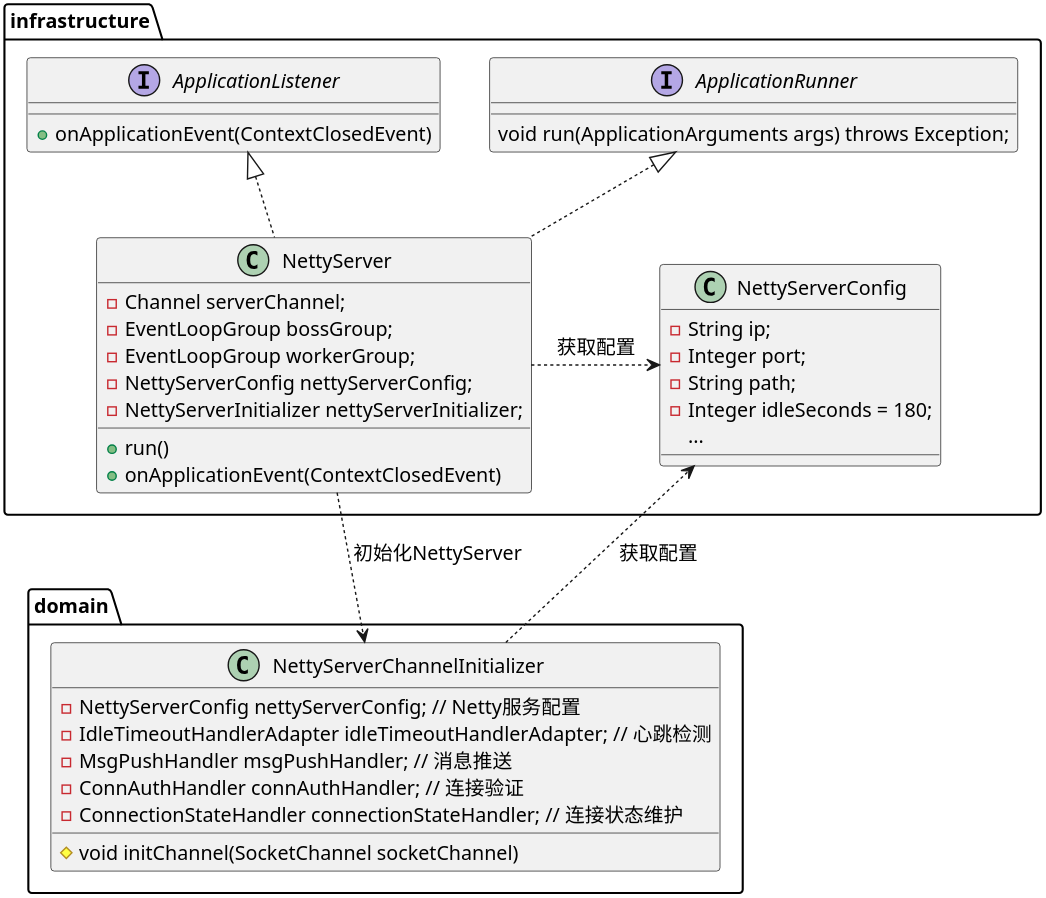
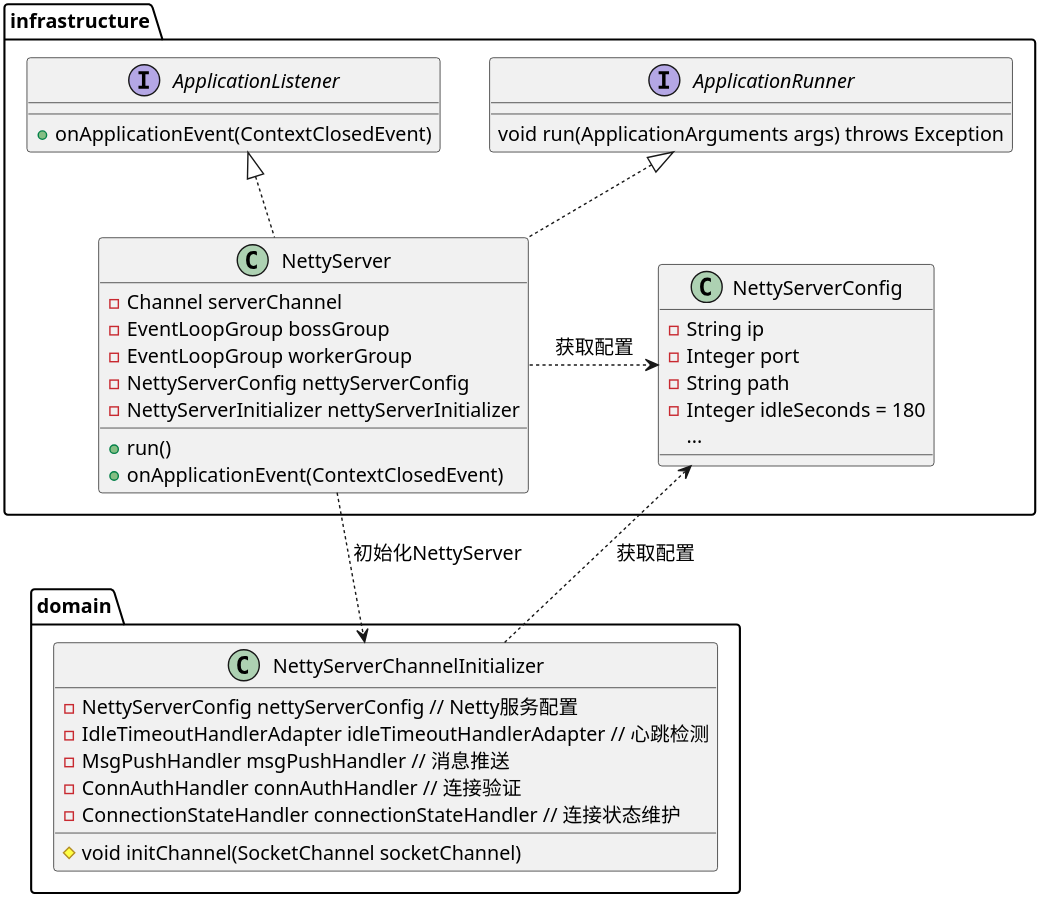
The diagram in uml/connect/Netty服务搭建 类图.puml (Etherealss/MessagePusher), drawn with PlantUML before and after one commit. The commit also changed 10 other files, not shown here.

Commit message:
feature: uml

```diff
--- a/uml/connect/Netty服务搭建 类图.puml
+++ b/uml/connect/Netty服务搭建 类图.puml
@@ -1,52 +1,52 @@
 @startuml
 'https://plantuml.com/class-diagram
 skinparam shadowing false
 skinparam defaultFontName xfonts-wqy
 skinparam dpi 300
 skinparam activity  {
     DiamondFontSize 14
     ArrowFontSize 14
     FontSize 14
 }
 
 package infrastructure {
     class NettyServerConfig {
-        - String ip;
-        - Integer port;
-        - String path;
-        - Integer idleSeconds = 180;
+        - String ip
+        - Integer port
+        - String path
+        - Integer idleSeconds = 180
         ...
     }
     interface ApplicationRunner {
-        void run(ApplicationArguments args) throws Exception;
+        void run(ApplicationArguments args) throws Exception
     }
     interface ApplicationListener {
         + onApplicationEvent(ContextClosedEvent)
     }
     class NettyServer implements ApplicationListener, ApplicationRunner {
-        - Channel serverChannel;
-        - EventLoopGroup bossGroup;
-        - EventLoopGroup workerGroup;
-        - NettyServerConfig nettyServerConfig;
-        - NettyServerInitializer nettyServerInitializer;
+        - Channel serverChannel
+        - EventLoopGroup bossGroup
+        - EventLoopGroup workerGroup
+        - NettyServerConfig nettyServerConfig
+        - NettyServerInitializer nettyServerInitializer
         + run()
         + onApplicationEvent(ContextClosedEvent)
     }
 }
 
 package domain {
     class NettyServerChannelInitializer {
-        - NettyServerConfig nettyServerConfig; // Netty服务配置
-        - IdleTimeoutHandlerAdapter idleTimeoutHandlerAdapter; // 心跳检测
-        - MsgPushHandler msgPushHandler; // 消息推送
-        - ConnAuthHandler connAuthHandler; // 连接验证
-        - ConnectionStateHandler connectionStateHandler; // 连接状态维护
+        - NettyServerConfig nettyServerConfig // Netty服务配置
+        - IdleTimeoutHandlerAdapter idleTimeoutHandlerAdapter // 心跳检测
+        - MsgPushHandler msgPushHandler // 消息推送
+        - ConnAuthHandler connAuthHandler // 连接验证
+        - ConnectionStateHandler connectionStateHandler // 连接状态维护
         # void initChannel(SocketChannel socketChannel)
     }
 }
 
 
 NettyServer ..> NettyServerChannelInitializer : 初始化NettyServer
 NettyServer .> NettyServerConfig: 获取配置
 NettyServerChannelInitializer ..> NettyServerConfig: 获取配置
 @enduml
```
